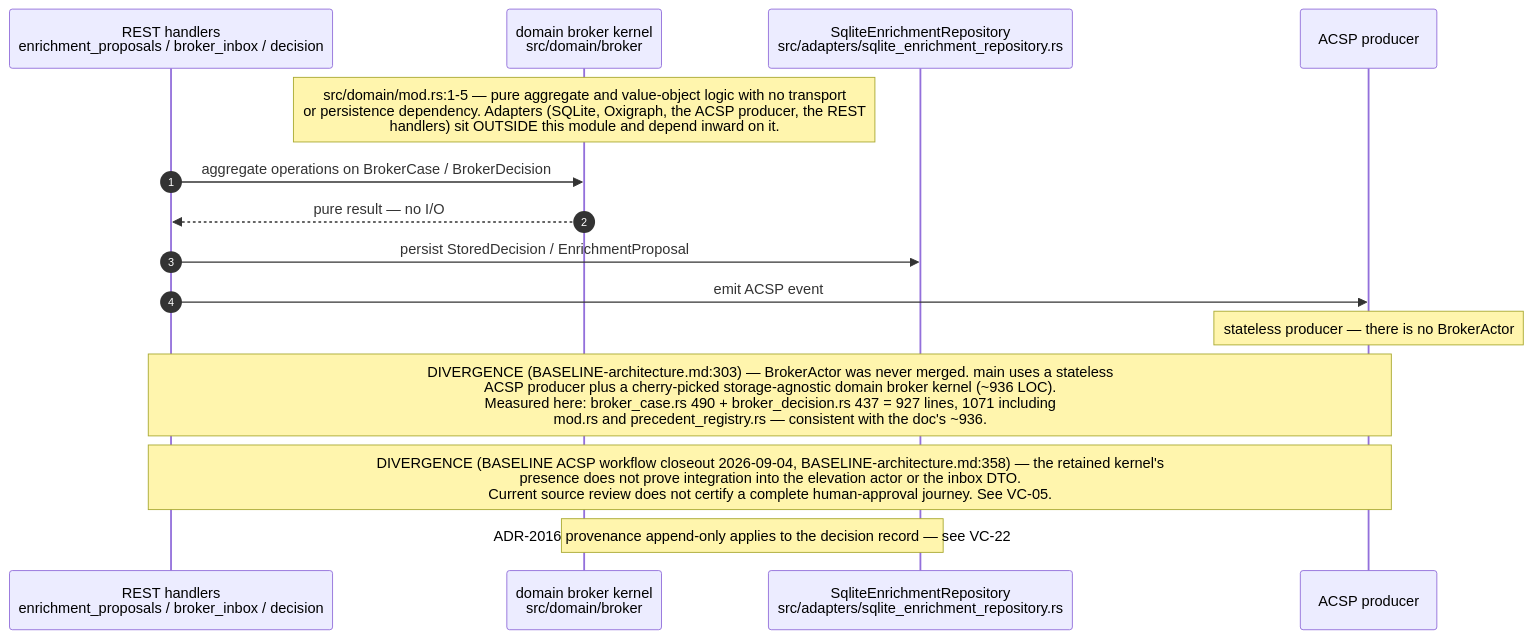
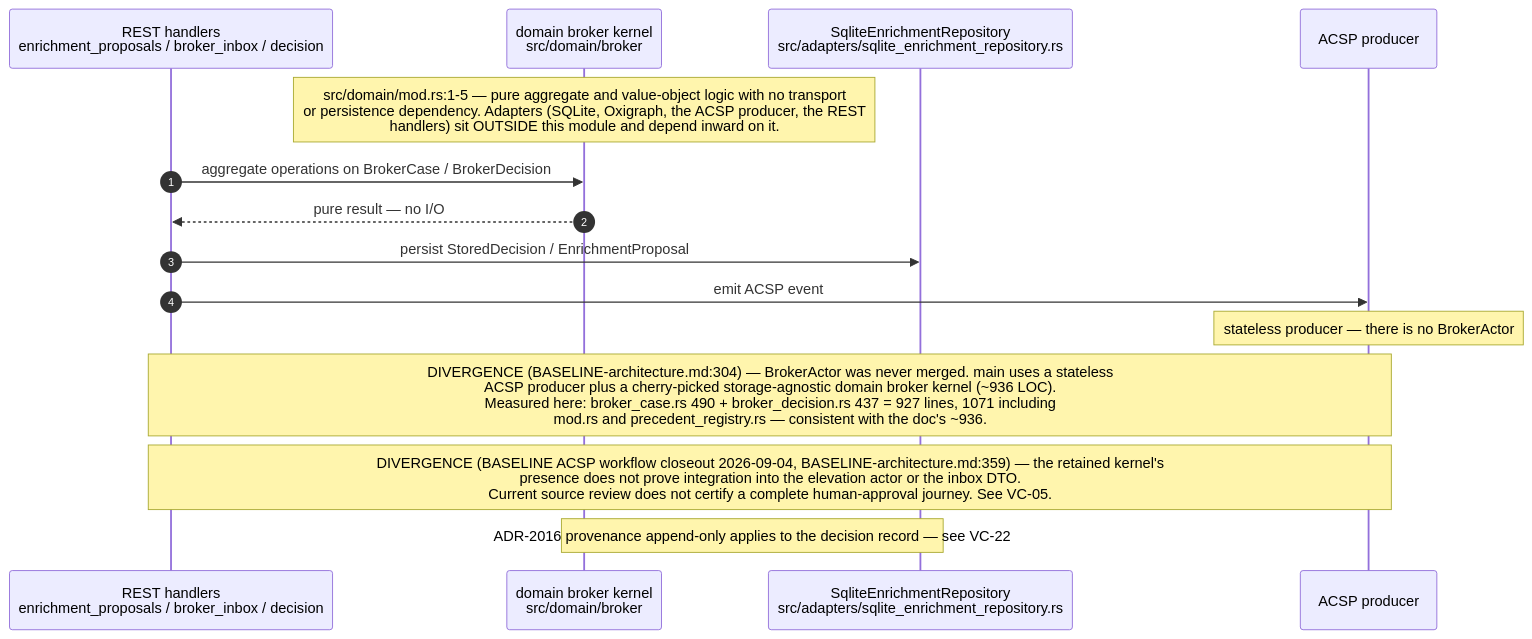
Before and after one commit to DreamLab-AI/VisionFlow: the seventh of 9 diagrams in docs/diagrams/visionclaw/07-hexagonal-ports-and-crates.md, drawn with Mermaid. The commit also changed other lines of this file and 151 other files, not shown here.

````diff
--- a/docs/diagrams/visionclaw/07-hexagonal-ports-and-crates.md
+++ b/docs/diagrams/visionclaw/07-hexagonal-ports-and-crates.md
@@ -318,18 +318,18 @@
 ```mermaid
 sequenceDiagram
     autonumber
     participant H as REST handlers<br/>enrichment_proposals / broker_inbox / decision
     participant K as domain broker kernel<br/>src/domain/broker
     participant AD as SqliteEnrichmentRepository<br/>src/adapters/sqlite_enrichment_repository.rs
     participant AC as ACSP producer
 
     Note over K: src/domain/mod.rs:1-5 — pure aggregate and value-object logic with no transport<br/>or persistence dependency. Adapters (SQLite, Oxigraph, the ACSP producer, the REST<br/>handlers) sit OUTSIDE this module and depend inward on it.
     H->>K: aggregate operations on BrokerCase / BrokerDecision
     K-->>H: pure result — no I/O
     H->>AD: persist StoredDecision / EnrichmentProposal
     H->>AC: emit ACSP event
     Note over AC: stateless producer — there is no BrokerActor
-    Note over H,AC: DIVERGENCE (BASELINE-architecture.md:303) — BrokerActor was never merged. main uses a stateless<br/>ACSP producer plus a cherry-picked storage-agnostic domain broker kernel (~936 LOC).<br/>Measured here: broker_case.rs 490 + broker_decision.rs 437 = 927 lines, 1071 including<br/>mod.rs and precedent_registry.rs — consistent with the doc's ~936.
-    Note over H,AC: DIVERGENCE (BASELINE ACSP workflow closeout 2026-09-04, BASELINE-architecture.md:358) — the retained kernel's<br/>presence does not prove integration into the elevation actor or the inbox DTO.<br/>Current source review does not certify a complete human-approval journey. See VC-05.
+    Note over H,AC: DIVERGENCE (BASELINE-architecture.md:304) — BrokerActor was never merged. main uses a stateless<br/>ACSP producer plus a cherry-picked storage-agnostic domain broker kernel (~936 LOC).<br/>Measured here: broker_case.rs 490 + broker_decision.rs 437 = 927 lines, 1071 including<br/>mod.rs and precedent_registry.rs — consistent with the doc's ~936.
+    Note over H,AC: DIVERGENCE (BASELINE ACSP workflow closeout 2026-09-04, BASELINE-architecture.md:359) — the retained kernel's<br/>presence does not prove integration into the elevation actor or the inbox DTO.<br/>Current source review does not certify a complete human-approval journey. See VC-05.
     Note over K,AD: ADR-2016 provenance append-only applies to the decision record — see VC-22
 ```
````
